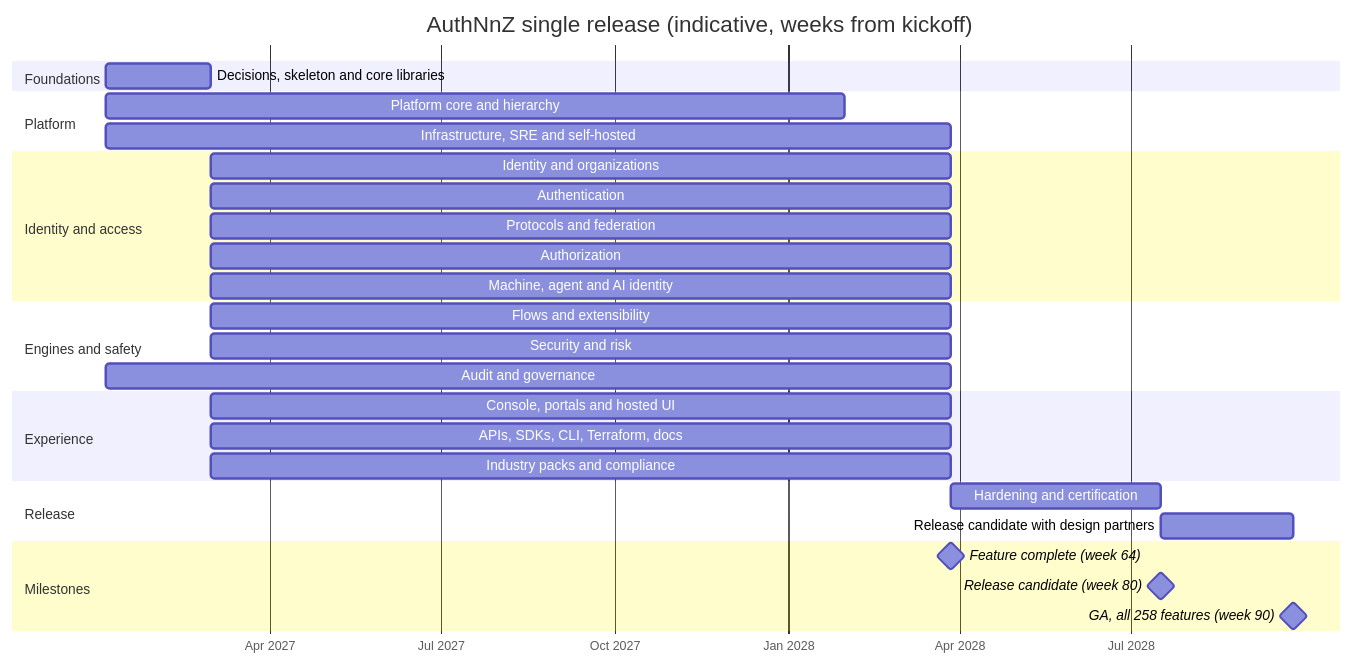
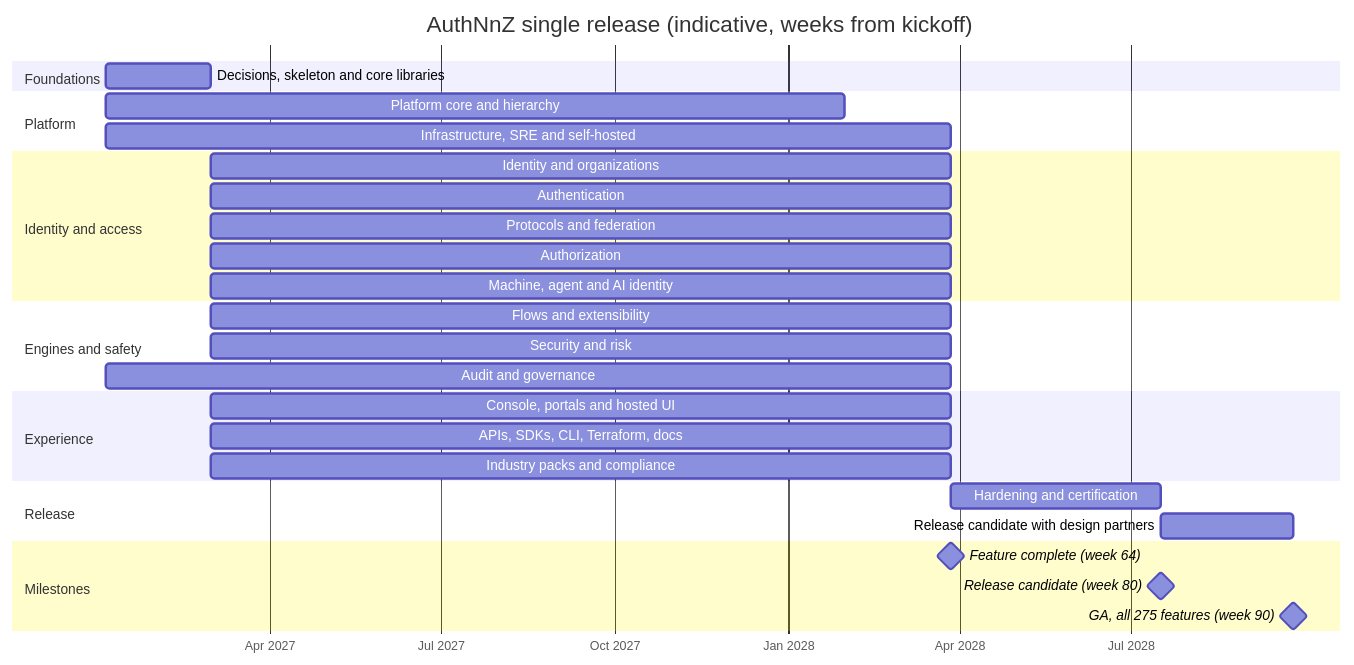
Before and after one commit to antonyrejith/AuthNnZ: the diagram in docs/plan/05-roadmap-and-delivery.md, drawn with Mermaid. The commit also changed other lines of this file and 10 other files, not shown here.

````diff
--- a/docs/plan/05-roadmap-and-delivery.md
+++ b/docs/plan/05-roadmap-and-delivery.md
@@ -37,32 +37,32 @@
 ```mermaid
 gantt
     title AuthNnZ single release (indicative, weeks from kickoff)
     dateFormat YYYY-MM-DD
     axisFormat %b %Y
     section Foundations
     Decisions, skeleton and core libraries :f, 2027-01-04, 8w
     section Platform
     Platform core and hierarchy          :2027-01-04, 56w
     Infrastructure, SRE and self-hosted  :2027-01-04, 64w
     section Identity and access
     Identity and organizations           :2027-03-01, 56w
     Authentication                       :2027-03-01, 56w
     Protocols and federation             :2027-03-01, 56w
     Authorization                        :2027-03-01, 56w
     Machine, agent and AI identity       :2027-03-01, 56w
     section Engines and safety
     Flows and extensibility              :2027-03-01, 56w
     Security and risk                    :2027-03-01, 56w
     Audit and governance                 :2027-01-04, 64w
     section Experience
     Console, portals and hosted UI       :2027-03-01, 56w
     APIs, SDKs, CLI, Terraform, docs     :2027-03-01, 56w
     Industry packs and compliance        :2027-03-01, 56w
     section Release
     Hardening and certification          :h, 2028-03-27, 16w
     Release candidate with design partners :rc, 2028-07-17, 10w
     section Milestones
     Feature complete (week 64)           :milestone, 2028-03-27, 0d
     Release candidate (week 80)          :milestone, 2028-07-17, 0d
-    GA, all 258 features (week 90)       :milestone, 2028-09-25, 0d
+    GA, all 275 features (week 90)       :milestone, 2028-09-25, 0d
 ```
````
